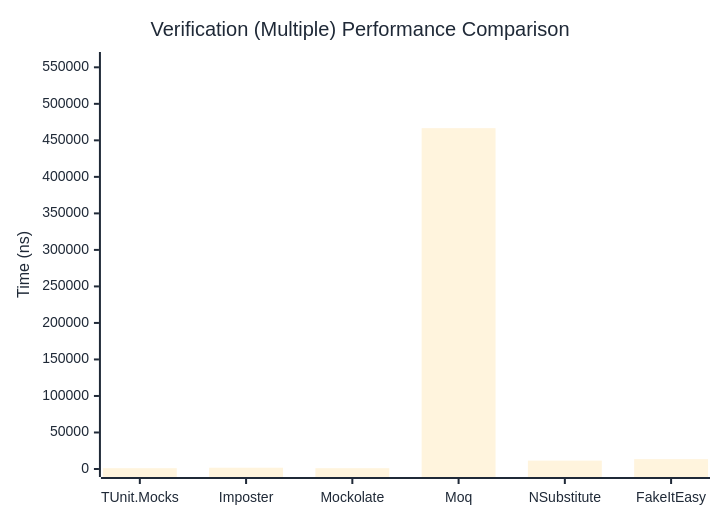
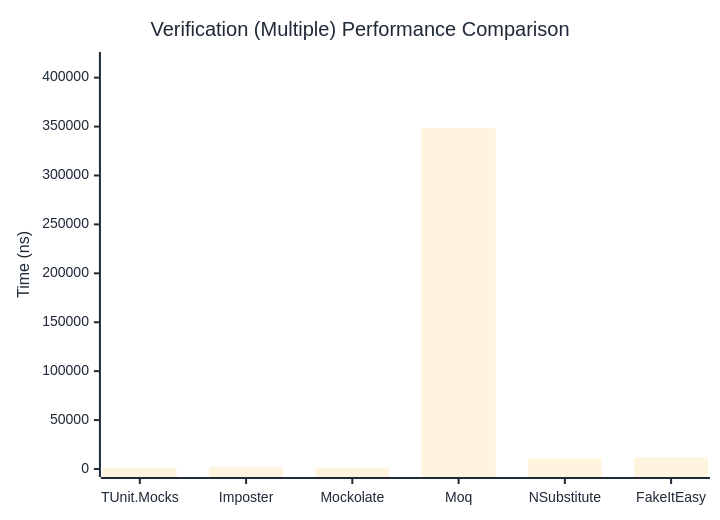
One commit to thomhurst/TUnit changed the third of 3 diagrams in docs/docs/benchmarks/mocks/Verification.md. Above: the diagram before and after it, drawn with Mermaid. The commit also changed other lines of this file and 14 other files, not shown here.

````diff
--- a/docs/docs/benchmarks/mocks/Verification.md
+++ b/docs/docs/benchmarks/mocks/Verification.md
@@ -110,27 +110,27 @@
 ```mermaid
 %%{init: {
   'theme':'base',
   'themeVariables': {
     'primaryColor': '#2563eb',
     'primaryTextColor': '#1f2937',
     'primaryBorderColor': '#1e40af',
     'lineColor': '#6b7280',
     'secondaryColor': '#7c3aed',
     'tertiaryColor': '#dc2626',
     'background': '#ffffff',
     'pie1': '#2563eb',
     'pie2': '#7c3aed',
     'pie3': '#dc2626',
     'pie4': '#f59e0b',
     'pie5': '#10b981',
     'pie6': '#06b6d4',
     'pie7': '#ec4899',
     'pie8': '#6366f1'
   }
 }}%%
 xychart-beta
   title "Verification (Multiple) Performance Comparison"
   x-axis ["TUnit.Mocks", "Imposter", "Mockolate", "Moq", "NSubstitute", "FakeItEasy"]
-  y-axis "Time (ns)" 0 --> 560014
-  bar [1107.19, 1727.42, 1104.12, 466678.09, 11481.11, 13513.55]
+  y-axis "Time (ns)" 0 --> 418035
+  bar [1251.75, 1730.02, 1240.19, 348362.29, 10711.46, 11695.33]
 ```
````
